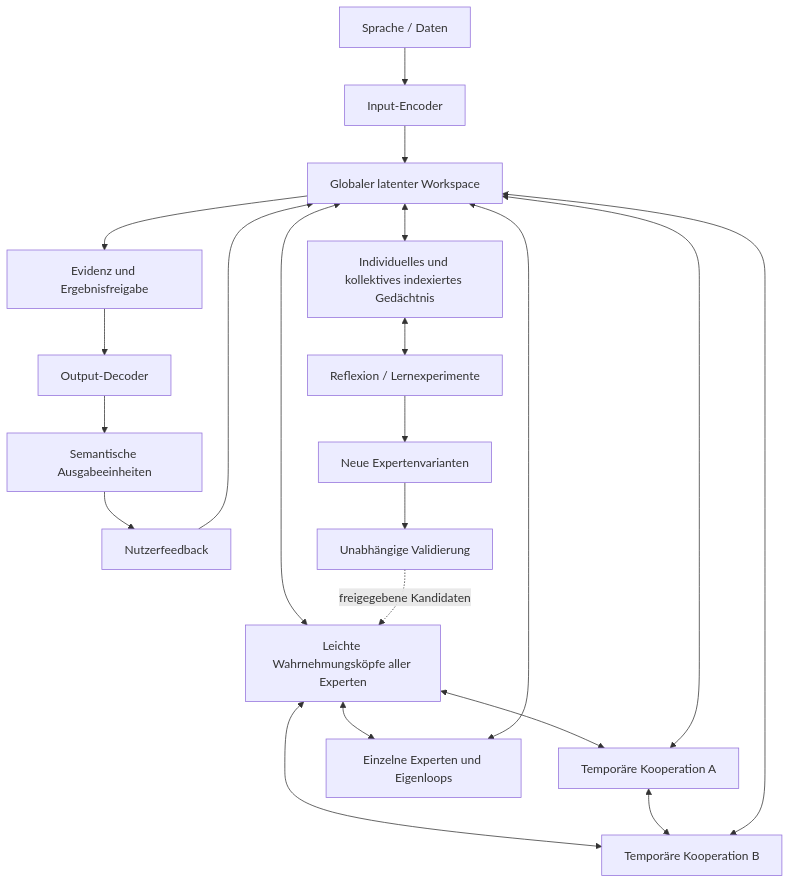
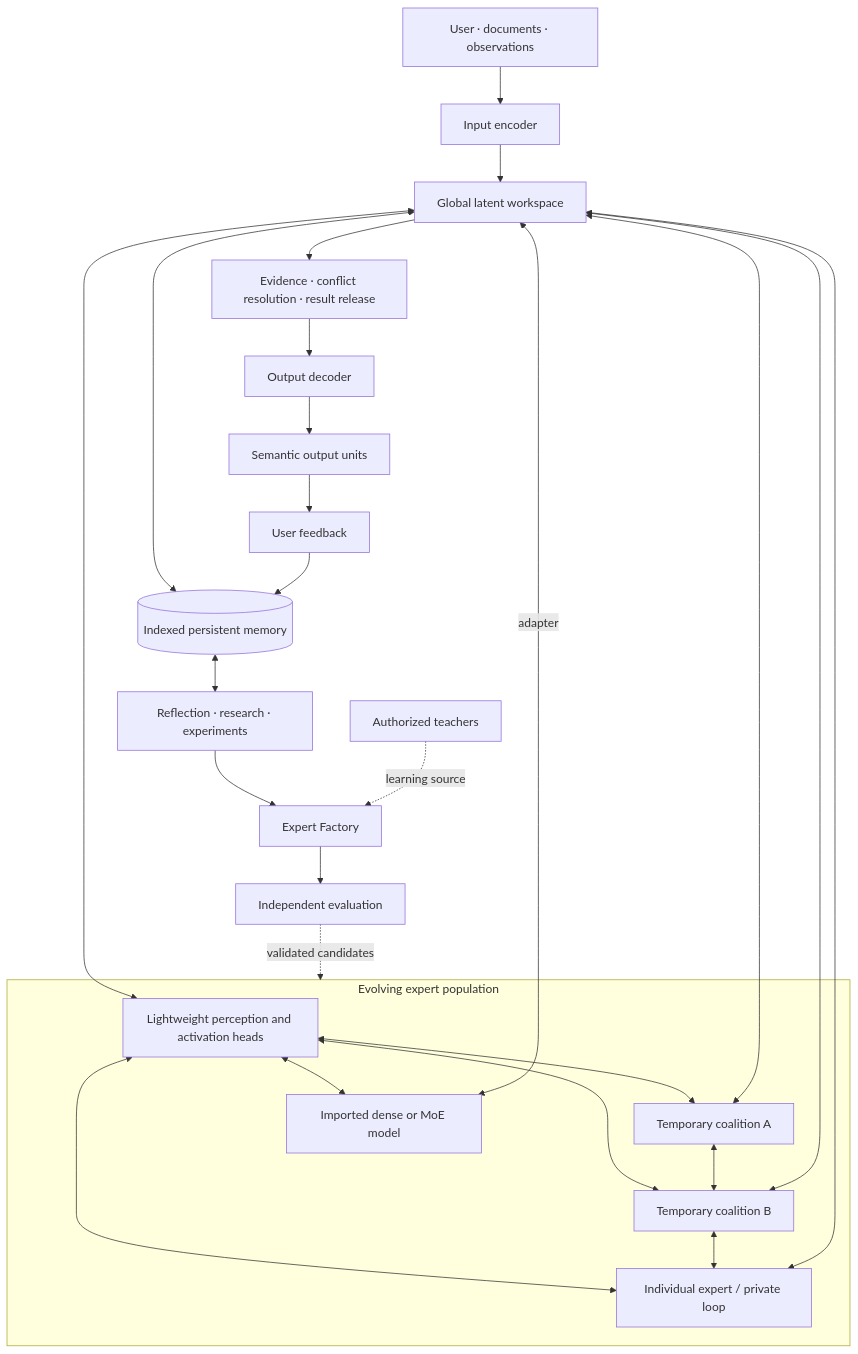
Before and after one commit to Griggelor/VibeWeights: the second of 10 diagrams in README.md, drawn with Mermaid. The commit also changed other lines of this file, not shown here.

Commit message:
docs: expand public research overview, architecture, memory, assimilation and references

````diff
--- a/README.md
+++ b/README.md
@@ -33,23 +63,29 @@
 ```mermaid
 flowchart TB
- U[Sprache / Daten] --> I[Input-Encoder]
- I --> G[Globaler latenter Workspace]
- G <--> P[Leichte Wahrnehmungsköpfe aller Experten]
- P <--> A[Temporäre Kooperation A]
- P <--> B[Temporäre Kooperation B]
- P <--> S[Einzelne Experten und Eigenloops]
- A <--> B
+ U["User · documents · observations"] --> I["Input encoder"]
+ I --> G["Global latent workspace"]
+ G <--> P["Lightweight perception and activation heads"]
+ subgraph POP["Evolving expert population"]
+   P <--> A["Temporary coalition A"]
+   P <--> B["Temporary coalition B"]
+   P <--> S["Individual expert / private loop"]
+   P <--> Q["Imported dense or MoE model"]
+   A <--> B
+   B <--> S
+ end
  A <--> G
  B <--> G
  S <--> G
- G <--> M[Individuelles und kollektives indexiertes Gedächtnis]
- G --> V[Evidenz und Ergebnisfreigabe]
- V --> O[Output-Decoder]
- O --> U2[Semantische Ausgabeeinheiten]
- U2 --> F[Nutzerfeedback]
- F --> G
- M <--> L[Reflexion / Lernexperimente]
- L --> C[Neue Expertenvarianten]
- C --> T[Unabhängige Validierung]
- T -. freigegebene Kandidaten .-> P
+ Q <-->|"adapter"| G
+ G <--> M[("Indexed persistent memory")]
+ G --> V["Evidence · conflict resolution · result release"]
+ V --> O["Output decoder"]
+ O --> U2["Semantic output units"]
+ U2 --> F["User feedback"]
+ F --> M
+ M <--> L["Reflection · research · experiments"]
+ L --> C["Expert Factory"]
+ T["Authorized teachers"] -. learning source .-> C
+ C --> X["Independent evaluation"]
+ X -. validated candidates .-> POP
 ```
````
